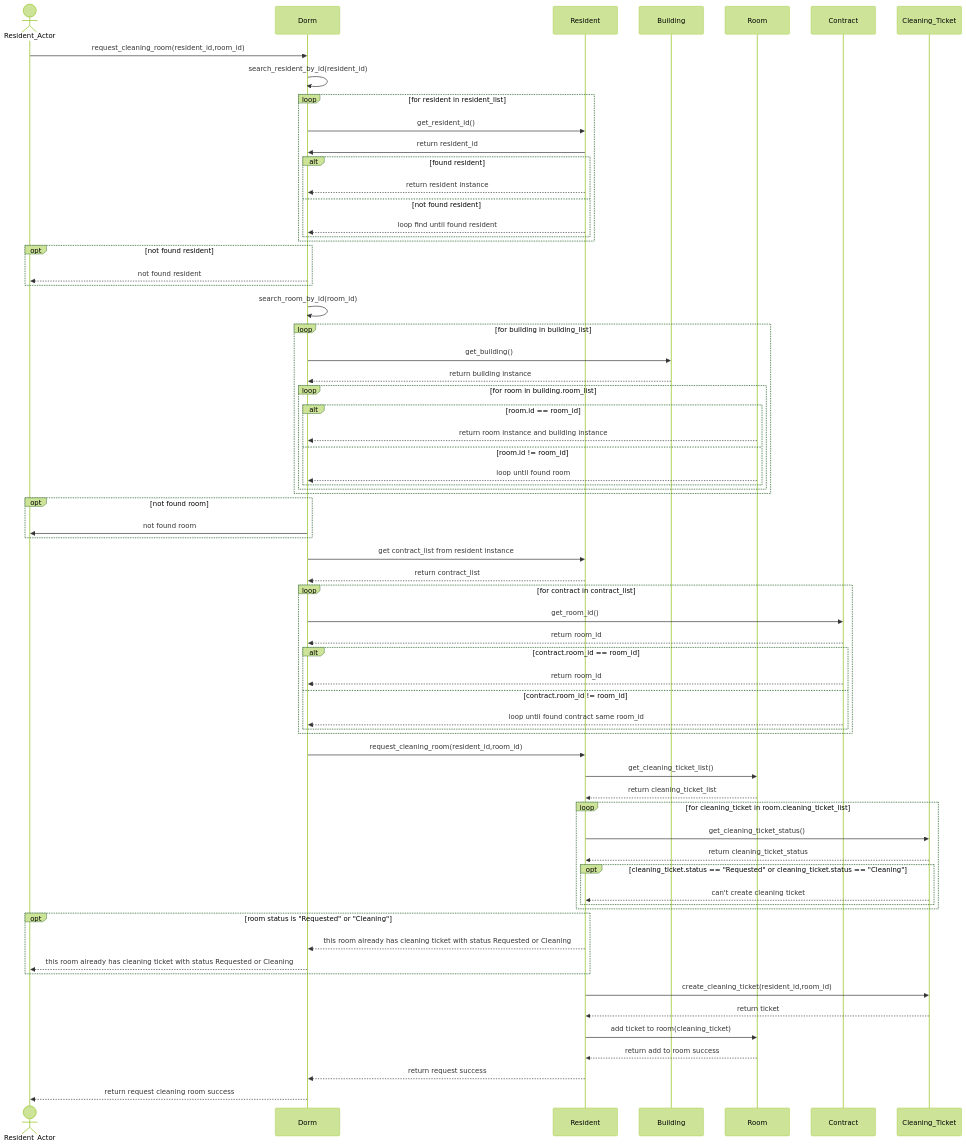
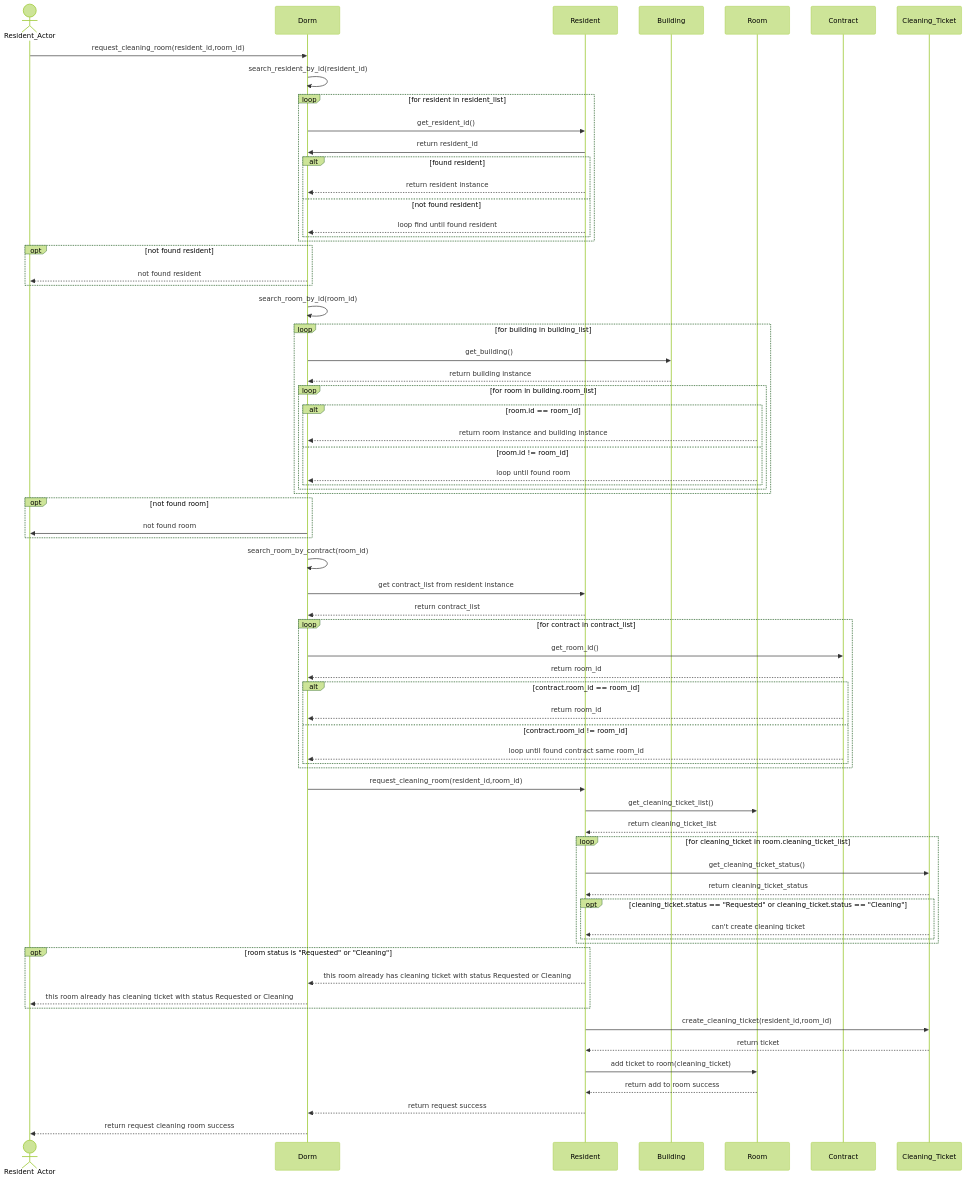
One commit to rnjjkk/Ducky-Dicka changed the diagram in sequence/request_cleaning_room/request_cleaning_room.mmd. Above: the diagram before and after it, drawn with Mermaid. The commit also changed 1 other file, not shown here.

Commit message:
add method search_room_by_contract

```diff
--- a/sequence/request_cleaning_room/request_cleaning_room.mmd
+++ b/sequence/request_cleaning_room/request_cleaning_room.mmd
@@ -1,97 +1,99 @@
 %%{init: {"theme": "forest"}}%%
 sequenceDiagram
     %% participant
     actor resAc as Resident_Actor
     participant d as Dorm
     participant res as Resident
     participant b as Building
     participant room as Room
     participant contract as Contract
     participant cleaning_ticket as Cleaning_Ticket
 
     resAc ->> d:request_cleaning_room(resident_id,room_id)
 
     d ->> d:search_resident_by_id(resident_id)
 
     loop for resident in resident_list
 
         d ->> res:get_resident_id()
         res ->> d:return resident_id
 
         alt found resident
             res -->> d:return resident instance
         else not found resident
             res -->> d:loop find until found resident
         end
 
     end
 
     opt not found resident
         d -->> resAc:not found resident
     end
 
     d ->> d:search_room_by_id(room_id)
 
     loop for building in building_list
     
         d ->> b:get_building()
         b -->> d:return building instance
 
         loop for room in building.room_list
         
             alt room.id == room_id
                 room -->> d:return room instance and building instance
             else room.id != room_id
                 room -->>d:loop until found room
 
             end
         end
     end
 
     opt not found room
         d ->> resAc:not found room
     end
 
+    d ->>d:search_room_by_contract(room_id)
+
     d ->> res:get contract_list from resident instance
     res -->> d:return contract_list
 
     loop for contract in contract_list
 
         d ->> contract:get_room_id()
         contract -->> d:return room_id
 
         alt contract.room_id == room_id
             contract -->> d:return room_id
         else contract.room_id != room_id
             contract -->> d:loop until found contract same room_id
         end
     
     end
     
     d ->> res:request_cleaning_room(resident_id,room_id)
     res ->> room:get_cleaning_ticket_list()
     room -->> res:return cleaning_ticket_list
     
     loop for cleaning_ticket in room.cleaning_ticket_list
 
         res ->> cleaning_ticket:get_cleaning_ticket_status()
         cleaning_ticket -->> res:return cleaning_ticket_status
 
         opt cleaning_ticket.status == "Requested" or cleaning_ticket.status == "Cleaning"
             cleaning_ticket -->> res:can't create cleaning ticket
         end
 
     end
     
     opt room status is "Requested" or "Cleaning"
         res -->> d:this room already has cleaning ticket with status Requested or Cleaning
         d -->> resAc:this room already has cleaning ticket with status Requested or Cleaning
     end
     
     
     res ->> cleaning_ticket:create_cleaning_ticket(resident_id,room_id)
     cleaning_ticket -->> res:return ticket 
     res ->> room:add ticket to room(cleaning_ticket)
     room -->> res:return add to room success
     res -->> d:return request success
     d -->> resAc:return request cleaning room success
```
